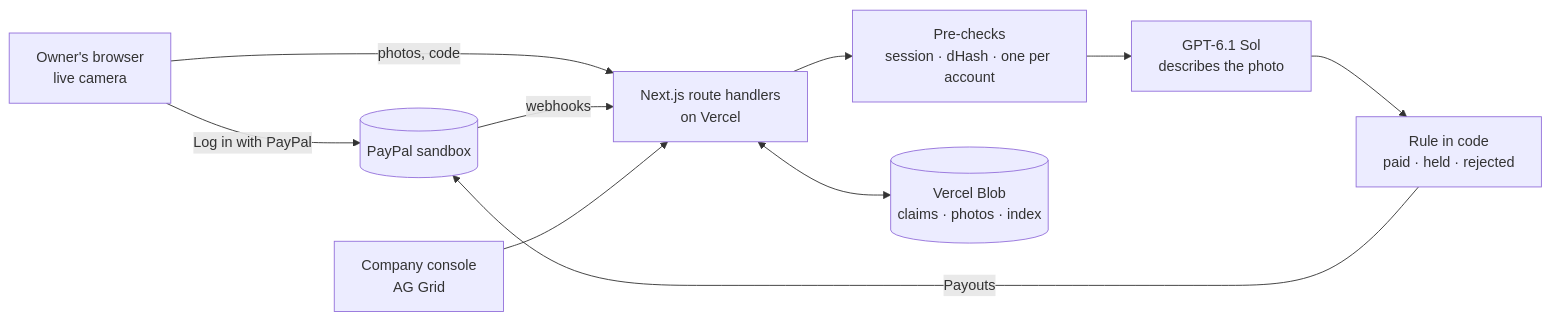
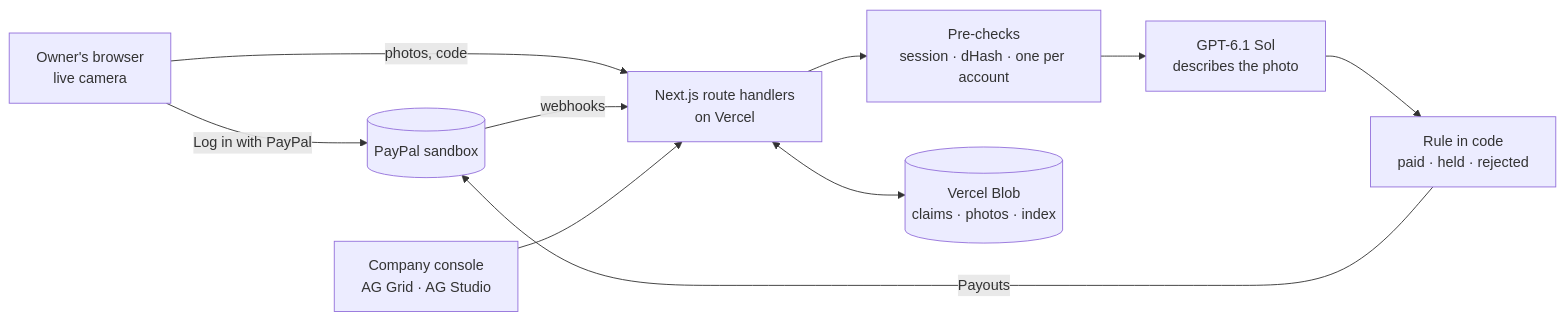
One commit to remedy-org/remedy changed the diagram in README.md. Above: the diagram before and after it, drawn with Mermaid. The commit also changed other lines of this file and 1 other file, not shown here.

````diff
--- a/README.md
+++ b/README.md
@@ -83,12 +85,12 @@
 ```mermaid
 flowchart LR
   O[Owner's browser<br/>live camera] -->|Log in with PayPal| PP[(PayPal sandbox)]
   O -->|photos, code| API[Next.js route handlers<br/>on Vercel]
   API --> PC[Pre-checks<br/>session · dHash · one per account]
   PC --> V[GPT-6.1 Sol<br/>describes the photo]
   V --> R[Rule in code<br/>paid · held · rejected]
   R -->|Payouts| PP
   PP -->|webhooks| API
   API <--> B[(Vercel Blob<br/>claims · photos · index)]
-  C[Company console<br/>AG Grid] --> API
+  C[Company console<br/>AG Grid · AG Studio] --> API
 ```
````
